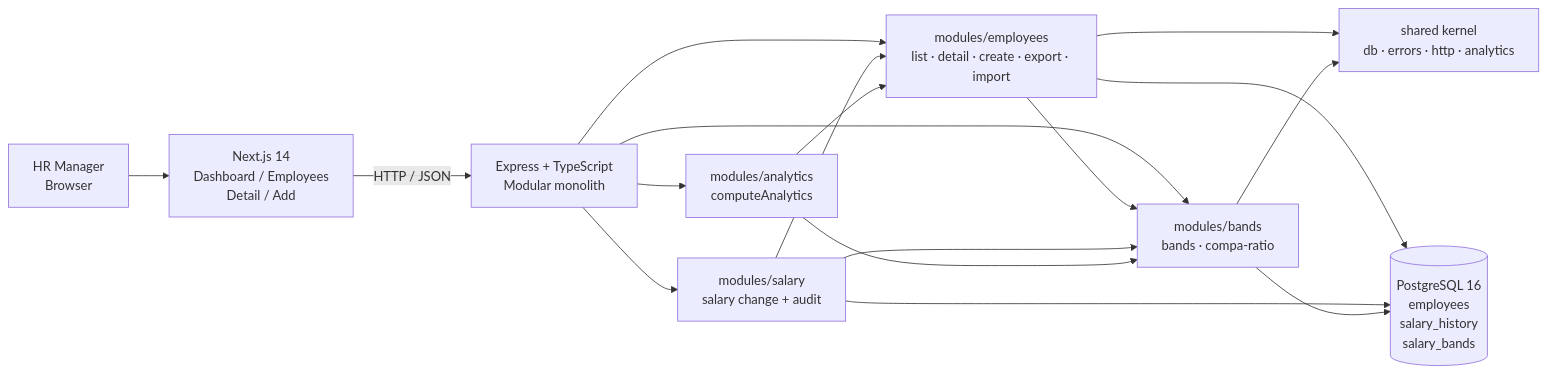
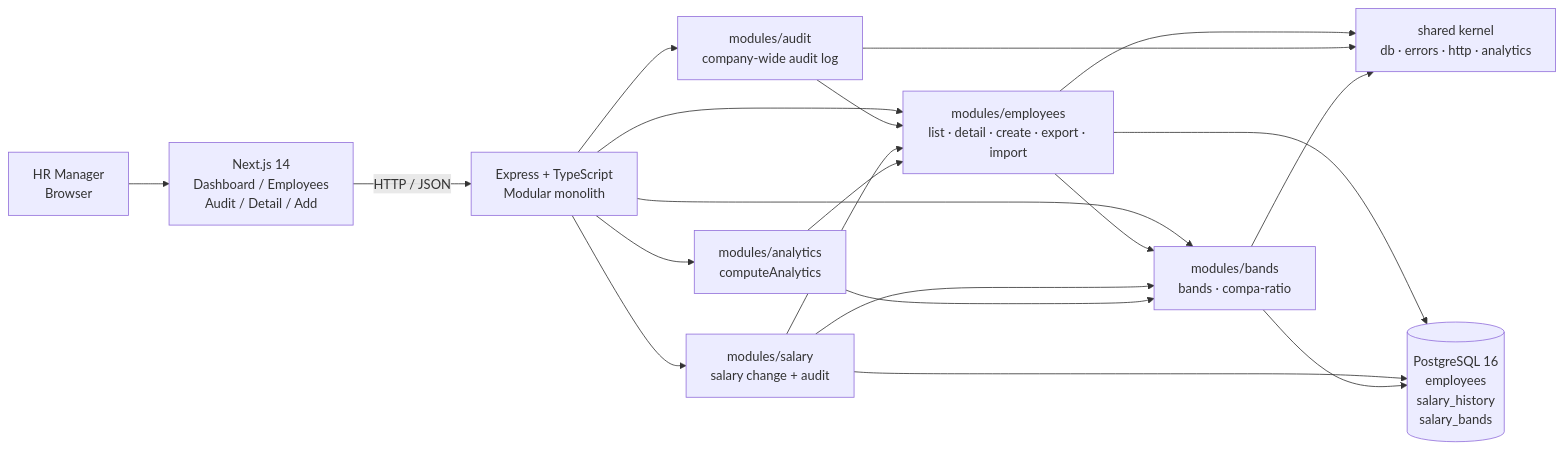
The diagram in docs/ARCHITECTURE.md (thezaidsheikh/acme-salary-management), drawn with Mermaid before and after one commit. The commit also changed other lines of this file and 8 other files, not shown here.

First line of the commit message:
docs: audit log everywhere (requirements, architecture, patterns, testing, verification, review, trade-offs, performance, README)

````diff
--- a/docs/ARCHITECTURE.md
+++ b/docs/ARCHITECTURE.md
@@ -17,19 +18,22 @@
 ```mermaid
 flowchart LR
-    HR[HR Manager<br/>Browser] --> FE[Next.js 14<br/>Dashboard / Employees<br/>Detail / Add]
+    HR[HR Manager<br/>Browser] --> FE[Next.js 14<br/>Dashboard / Employees<br/>Audit / Detail / Add]
     FE -->|HTTP / JSON| API[Express + TypeScript<br/>Modular monolith]
     API --> EMP[modules/employees<br/>list · detail · create · export · import]
     API --> SAL[modules/salary<br/>salary change + audit]
     API --> ANA[modules/analytics<br/>computeAnalytics]
     API --> BAN[modules/bands<br/>bands · compa-ratio]
+    API --> AUD[modules/audit<br/>company-wide audit log]
     EMP --> BAN
     SAL --> BAN
     ANA --> BAN
+    AUD --> EMP
     EMP --> SH[shared kernel<br/>db · errors · http · analytics]
     SAL --> EMP
     ANA --> EMP
+    AUD --> SH
     BAN --> SH
     EMP --> DB[(PostgreSQL 16<br/>employees<br/>salary_history<br/>salary_bands)]
     SAL --> DB
     BAN --> DB
 ```
````
